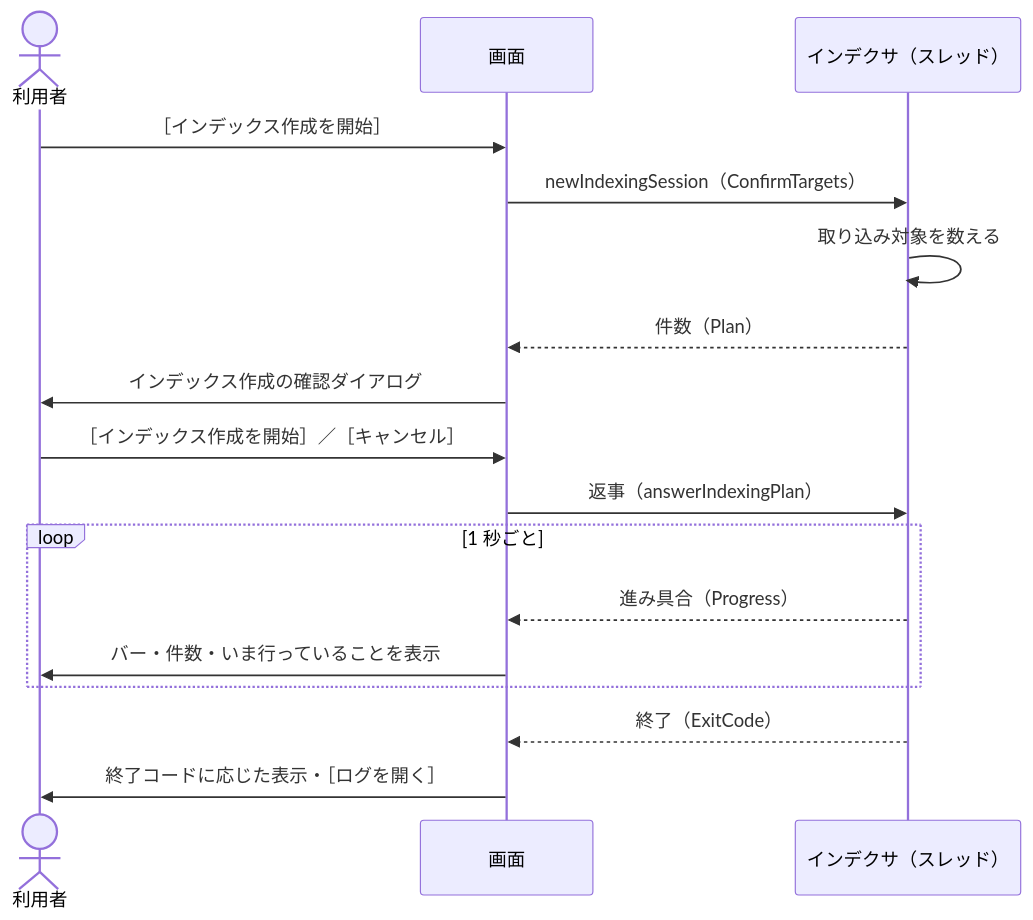
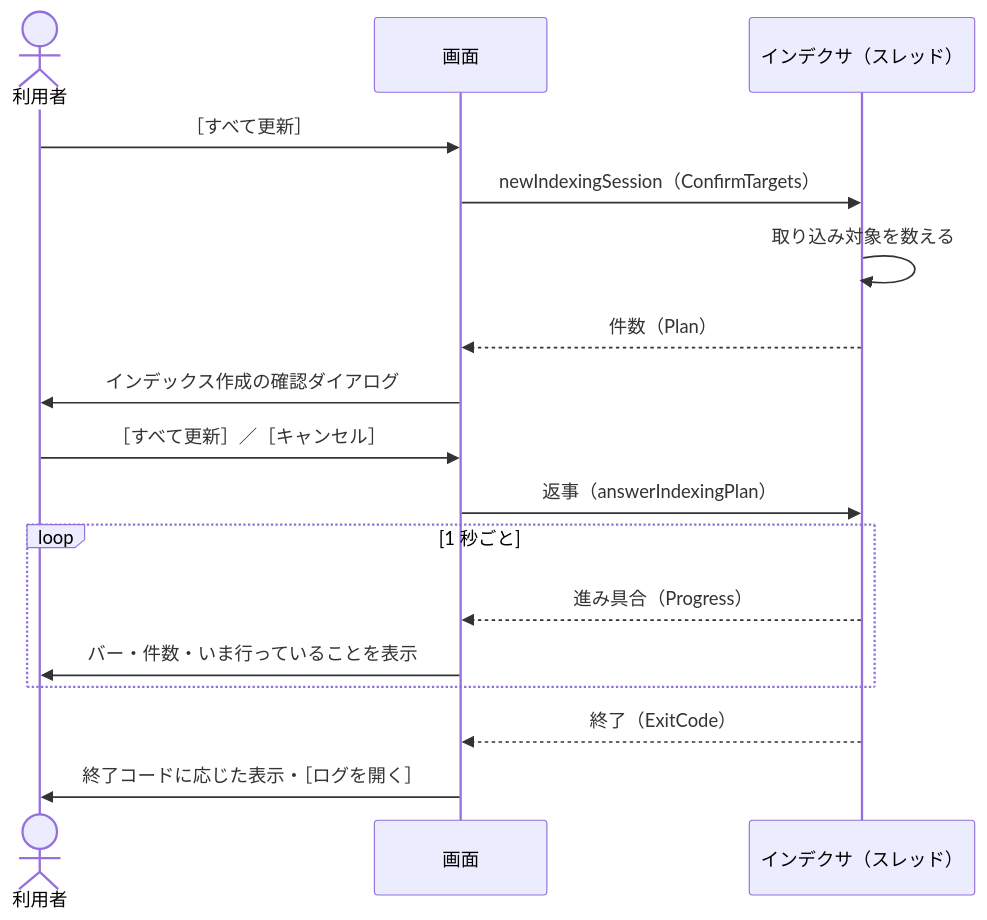
The first of 2 diagrams in docs/design/gui/indexing-run.md (hsgwa/tebunko), drawn with Mermaid before and after one commit. The commit also changed other lines of this file and 32 other files, not shown here.

````diff
--- a/docs/design/gui/indexing-run.md
+++ b/docs/design/gui/indexing-run.md
@@ -5,20 +5,20 @@
 ```mermaid
 sequenceDiagram
     actor U as 利用者
     participant G as 画面
     participant I as インデクサ（スレッド）
 
-    U->>G: ［インデックス作成を開始］
+    U->>G: ［すべて更新］
     G->>I: newIndexingSession（ConfirmTargets）
     I->>I: 取り込み対象を数える
     I-->>G: 件数（Plan）
     G->>U: インデックス作成の確認ダイアログ
-    U->>G: ［インデックス作成を開始］／［キャンセル］
+    U->>G: ［すべて更新］／［キャンセル］
     G->>I: 返事（answerIndexingPlan）
     loop 1 秒ごと
         I-->>G: 進み具合（Progress）
         G->>U: バー・件数・いま行っていることを表示
     end
     I-->>G: 終了（ExitCode）
     G->>U: 終了コードに応じた表示・［ログを開く］
 ```
````
